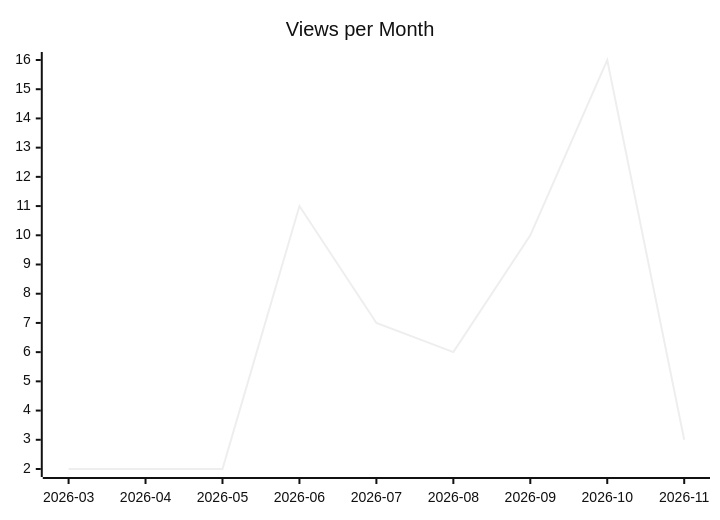
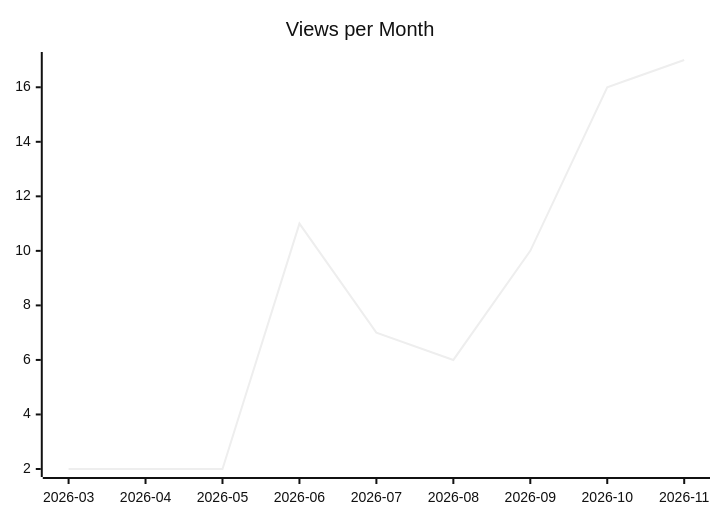
Before and after one commit to justdavis-family/github-analytics-data: the second of 3 diagrams in karlmdavis/ansible-role-jenkins2/README.md, drawn with Mermaid (neutral theme). The commit also changed other lines of this file and 188 other files, not shown here.

````diff
--- a/karlmdavis/ansible-role-jenkins2/README.md
+++ b/karlmdavis/ansible-role-jenkins2/README.md
@@ -12,6 +12,6 @@
 ```mermaid
 xychart-beta
   title "Views per Month"
   x-axis ["2026-03", "2026-04", "2026-05", "2026-06", "2026-07", "2026-08", "2026-09", "2026-10", "2026-11"]
-  line [2, 2, 2, 11, 7, 6, 10, 16, 3]
+  line [2, 2, 2, 11, 7, 6, 10, 16, 17]
 ```
````
